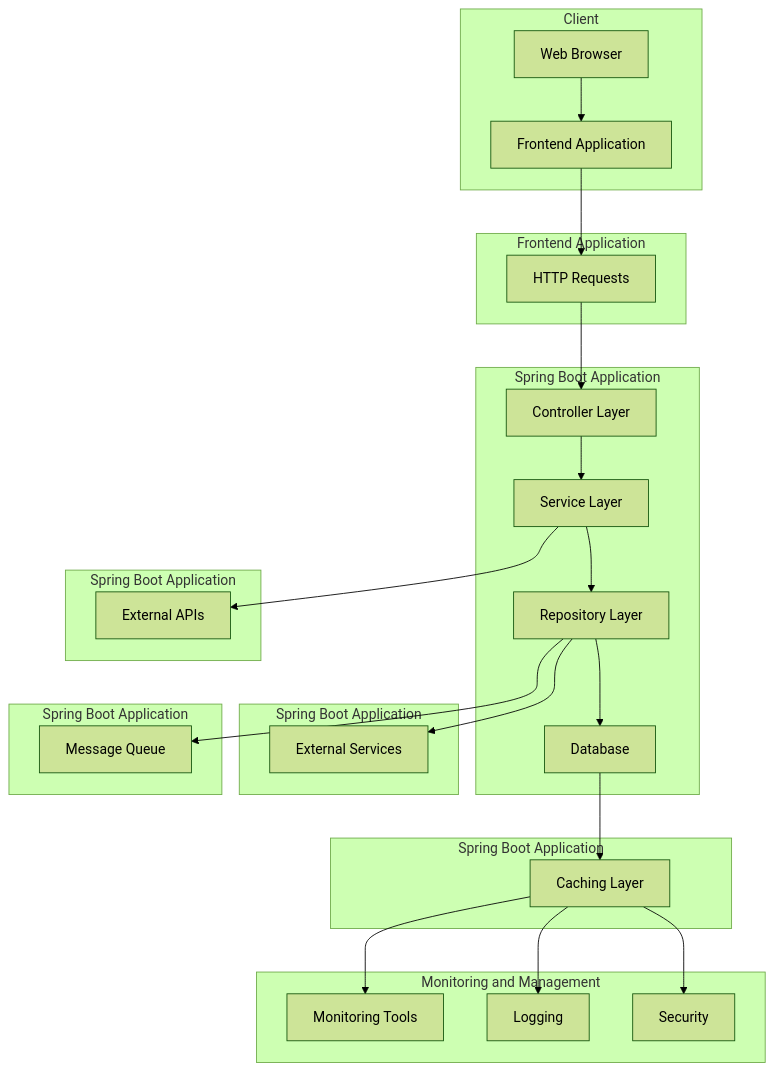
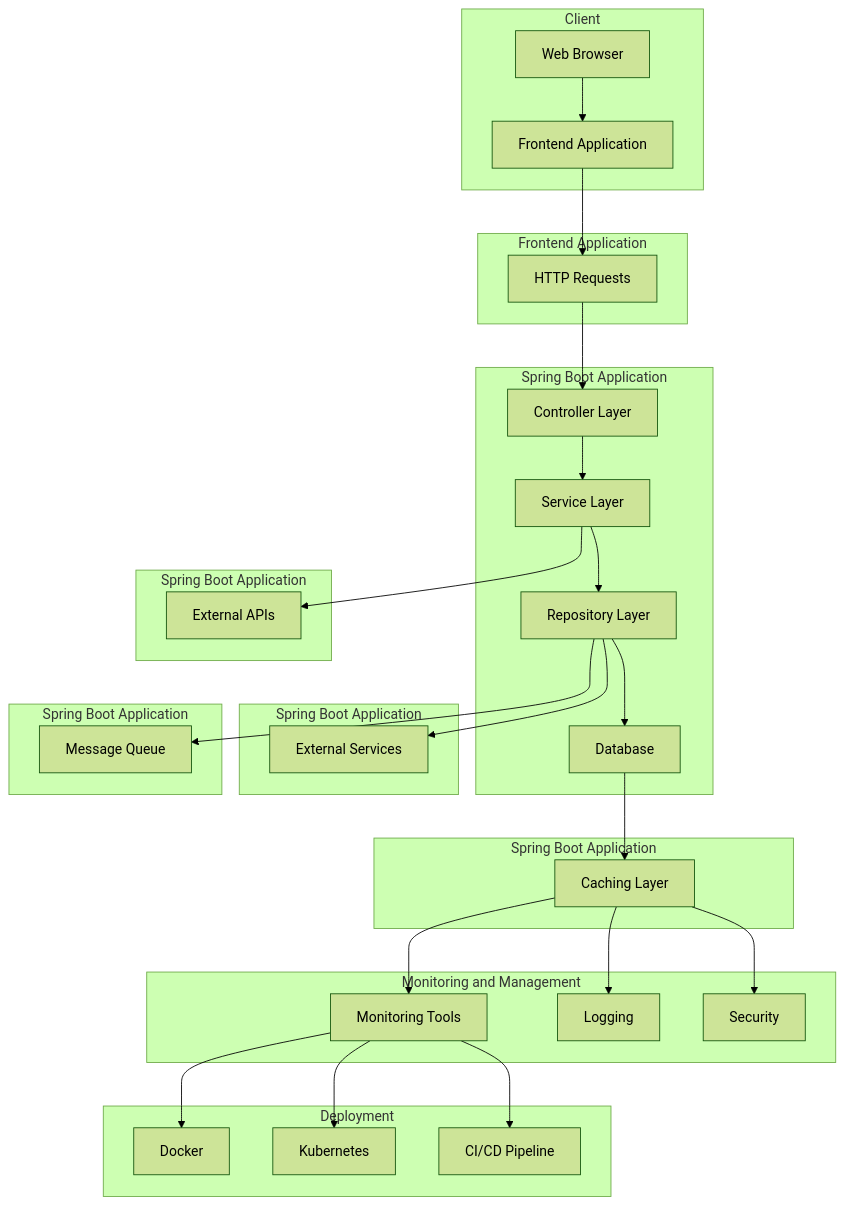
One commit to manjinderrooprai/Sping-Boot changed the diagram in Diagrams/SpringBoot Architecture flow diagram.md. Above: the diagram before and after it, drawn with Mermaid (forest theme).

Commit message:
Update SpringBoot Architecture flow diagram.md

````diff
--- a/Diagrams/SpringBoot Architecture flow diagram.md
+++ b/Diagrams/SpringBoot Architecture flow diagram.md
@@ -1,40 +1,37 @@
 ```mermaid
 graph TD;
-
     subgraph "Client" 
         A[Web Browser] --> B[Frontend Application]
     end
-
     subgraph "Frontend Application"
         B --> C[HTTP Requests]
     end
-
     subgraph "Spring Boot Application"
         C --> D[Controller Layer]
         D --> E[Service Layer]
         E --> F[Repository Layer]
         F --> G[Database]
     end
-
     subgraph "Spring Boot Application"
         G --> H[Caching Layer]
     end
-
     subgraph "Spring Boot Application"
         F --> I[External Services]
     end
-
     subgraph "Spring Boot Application"
         F --> J[Message Queue]
     end
-
     subgraph "Spring Boot Application"
         E --> K[External APIs]
     end
-
     subgraph "Monitoring and Management"
         H --> L[Monitoring Tools]
         H --> M[Logging]
         H --> N[Security]
     end
+    subgraph "Deployment"
+        L --> O[Docker]
+        L --> P[Kubernetes]
+        L --> Q[CI/CD Pipeline]
+    end
 ```
````
